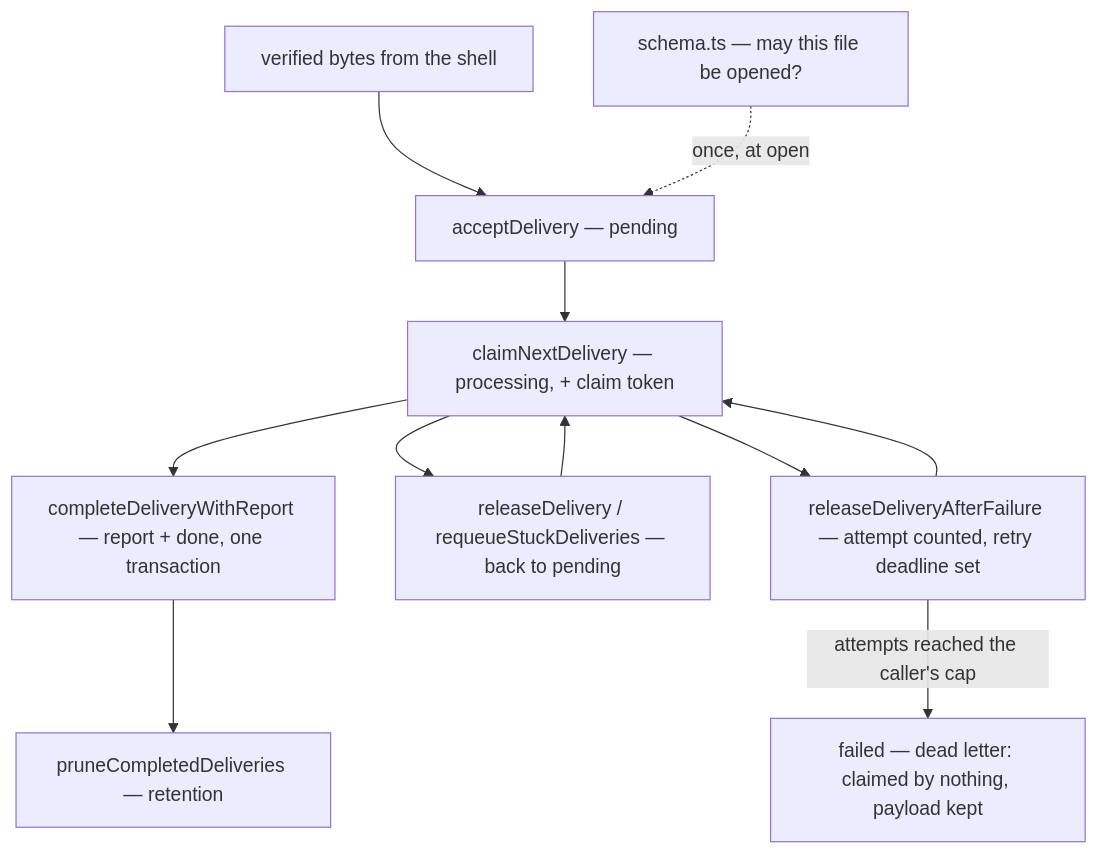
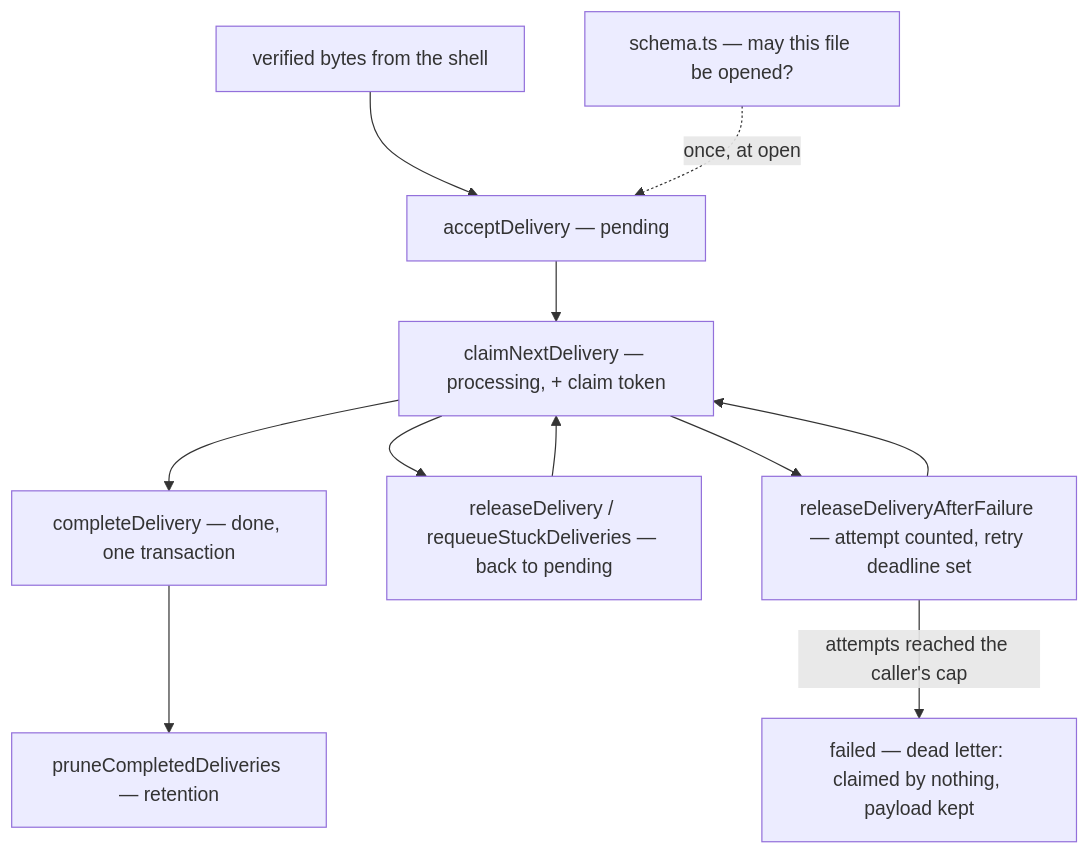
Before and after one commit to exploreriii/sdk-automations: the diagram in packages/runtime/src/store/README.md, drawn with Mermaid. The commit also changed other lines of this file and 21 other files, not shown here.

First line of the commit message:
refactor(store): one copy of a decision; delivery_report retired (R6, D173)

````diff
--- a/packages/runtime/src/store/README.md
+++ b/packages/runtime/src/store/README.md
@@ -35,18 +35,18 @@
 ```mermaid
 flowchart TB
     BYTES["verified bytes from the shell"]
     SCHEMA["schema.ts — may this file be opened?"]
     ACC["acceptDelivery — pending"]
     CLM["claimNextDelivery — processing, + claim token"]
-    FIN["completeDeliveryWithReport — report + done, one transaction"]
+    FIN["completeDelivery — done, one transaction"]
     REL["releaseDelivery / requeueStuckDeliveries — back to pending"]
     RETRY["releaseDeliveryAfterFailure — attempt counted, retry deadline set"]
     DEAD["failed — dead letter: claimed by nothing, payload kept"]
     PRUNE["pruneCompletedDeliveries — retention"]
     BYTES --> ACC
     SCHEMA -.->|"once, at open"| ACC
     ACC --> CLM --> FIN --> PRUNE
     CLM --> REL --> CLM
     CLM --> RETRY --> CLM
     RETRY -->|"attempts reached the caller's cap"| DEAD
 ```
````
